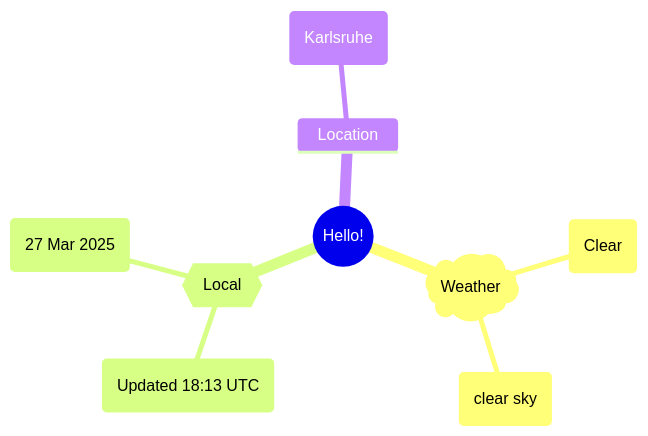
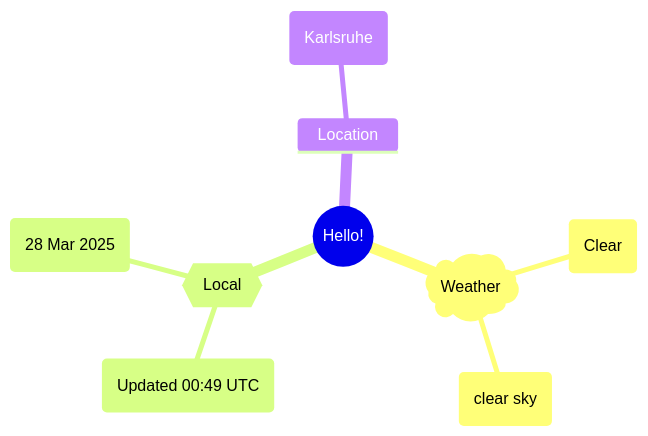
Before and after one commit to Xosrov/Xosrov: the first of 2 diagrams in README.md, drawn with Mermaid.

Commit message:
[bot] updated images

````diff
--- a/README.md
+++ b/README.md
@@ -3,12 +3,12 @@
 ```mermaid
 mindmap
   root((Hello!))
     )Weather(
         (Clear)
         (clear sky)
     {{Local}}
-        (Updated 18:13 UTC)
-        (27 Mar 2025)
+        (Updated 00:49 UTC)
+        (28 Mar 2025)
     Location
         (Karlsruhe)
 ```
````
